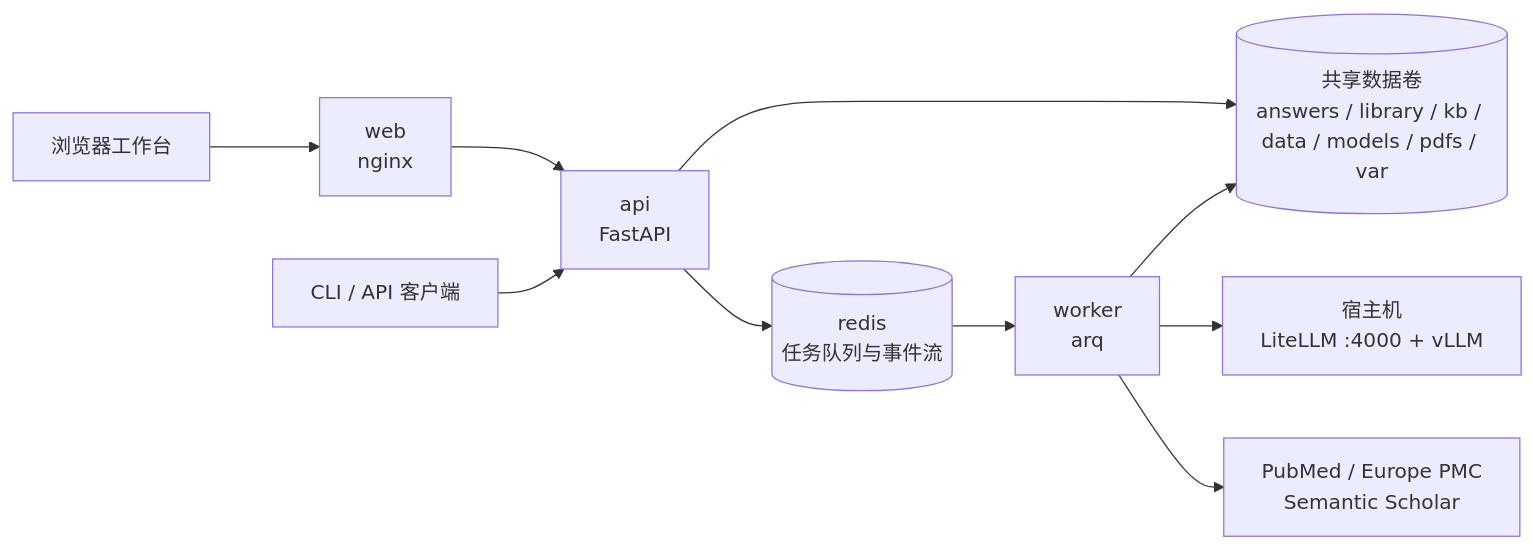
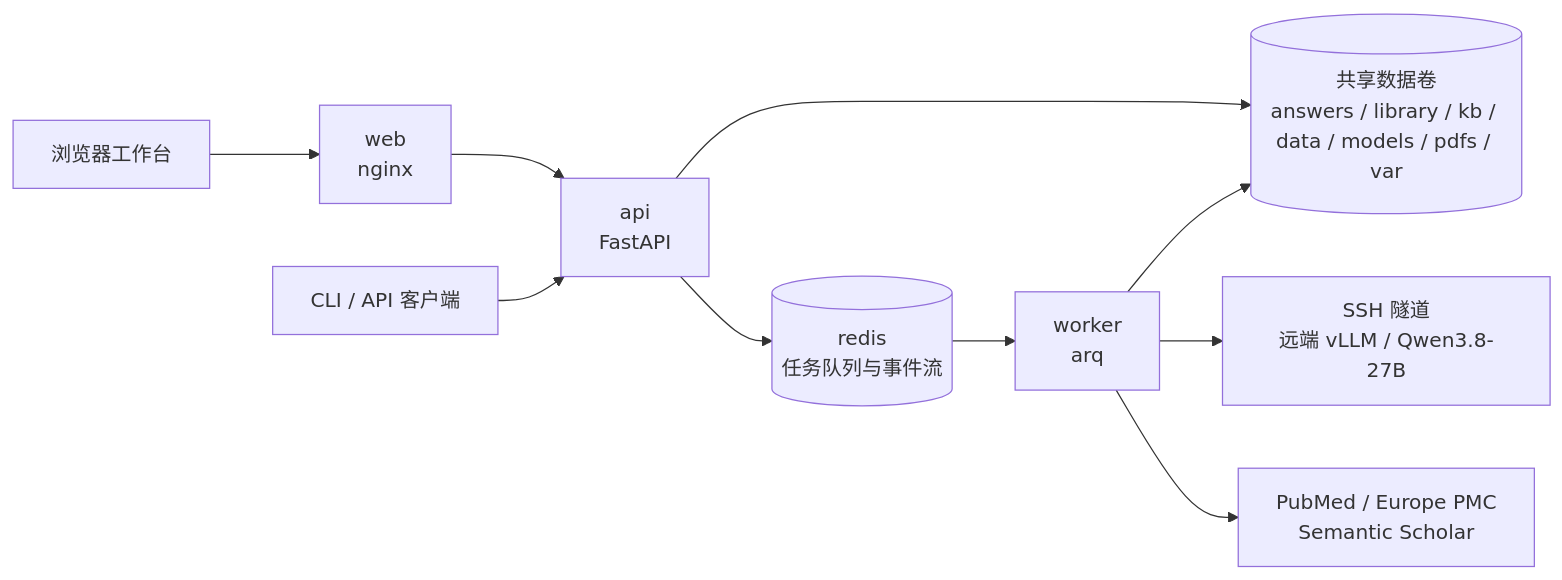
The diagram in README.md (Lynricsy/YAOpenEvidence), drawn with Mermaid before and after one commit. The commit also changed other lines of this file and 4 other files, not shown here.

Commit message:
feat(llm): ✨ 接入远端 Qwen3.8 安全隧道

````diff
--- a/README.md
+++ b/README.md
@@ -99,22 +99,22 @@
 ```mermaid
 flowchart LR
     Client[CLI / API 客户端]
     Browser[浏览器工作台]
     Web[web<br/>nginx]
     API[api<br/>FastAPI]
     Redis[(redis<br/>任务队列与事件流)]
     Worker[worker<br/>arq]
     Data[(共享数据卷<br/>answers / library / kb / data / models / pdfs / var)]
-    LLM[宿主机<br/>LiteLLM :4000 + vLLM]
+    LLM[SSH 隧道<br/>远端 vLLM / Qwen3.8-27B]
     Sources[PubMed / Europe PMC<br/>Semantic Scholar]
 
     Browser --> Web
     Web --> API
     Client --> API
     API --> Redis
     Redis --> Worker
     API --> Data
     Worker --> Data
     Worker --> LLM
     Worker --> Sources
 ```
````
